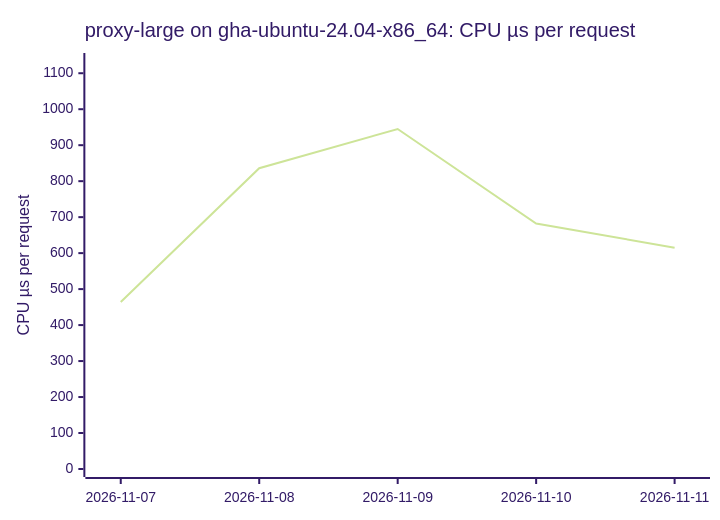
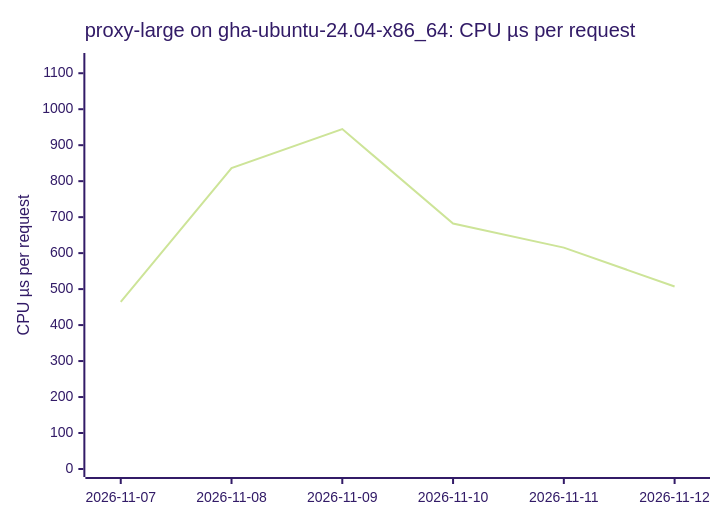
Before and after one commit to ThePixelPilgrim/durchlauferhitzer: the sixth of 18 diagrams in BENCHMARKS.md, drawn with Mermaid (forest theme). The commit also changed other lines of this file and 1 other file, not shown here.

````diff
--- a/BENCHMARKS.md
+++ b/BENCHMARKS.md
@@ -76,7 +76,7 @@
 ```mermaid
 xychart-beta
   title "proxy-large on gha-ubuntu-24.04-x86_64: CPU µs per request"
-  x-axis ["2026-11-07", "2026-11-08", "2026-11-09", "2026-11-10", "2026-11-11"]
+  x-axis ["2026-11-07", "2026-11-08", "2026-11-09", "2026-11-10", "2026-11-11", "2026-11-12"]
   y-axis "CPU µs per request" 0 --> 1134
-  line [464.25, 836.13, 944.91, 682.24, 615.25]
+  line [464.25, 836.13, 944.91, 682.24, 615.25, 507.25]
 ```
````
